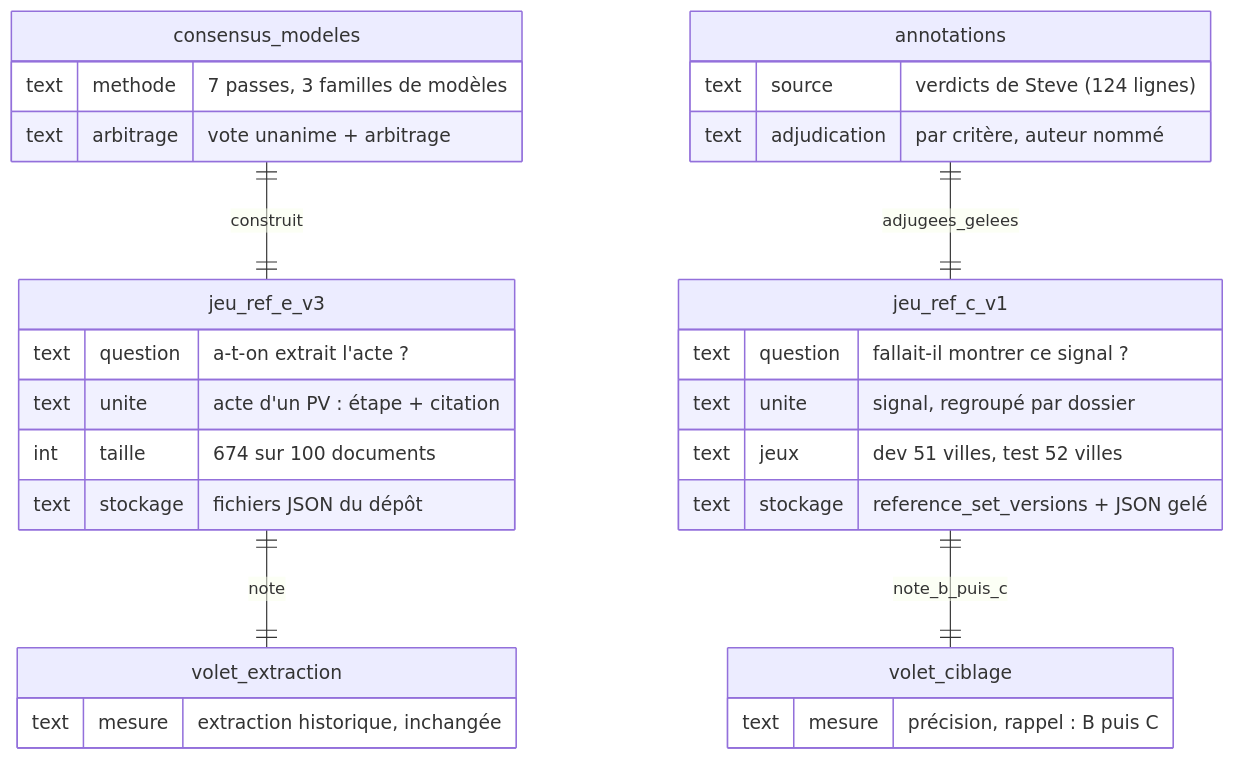
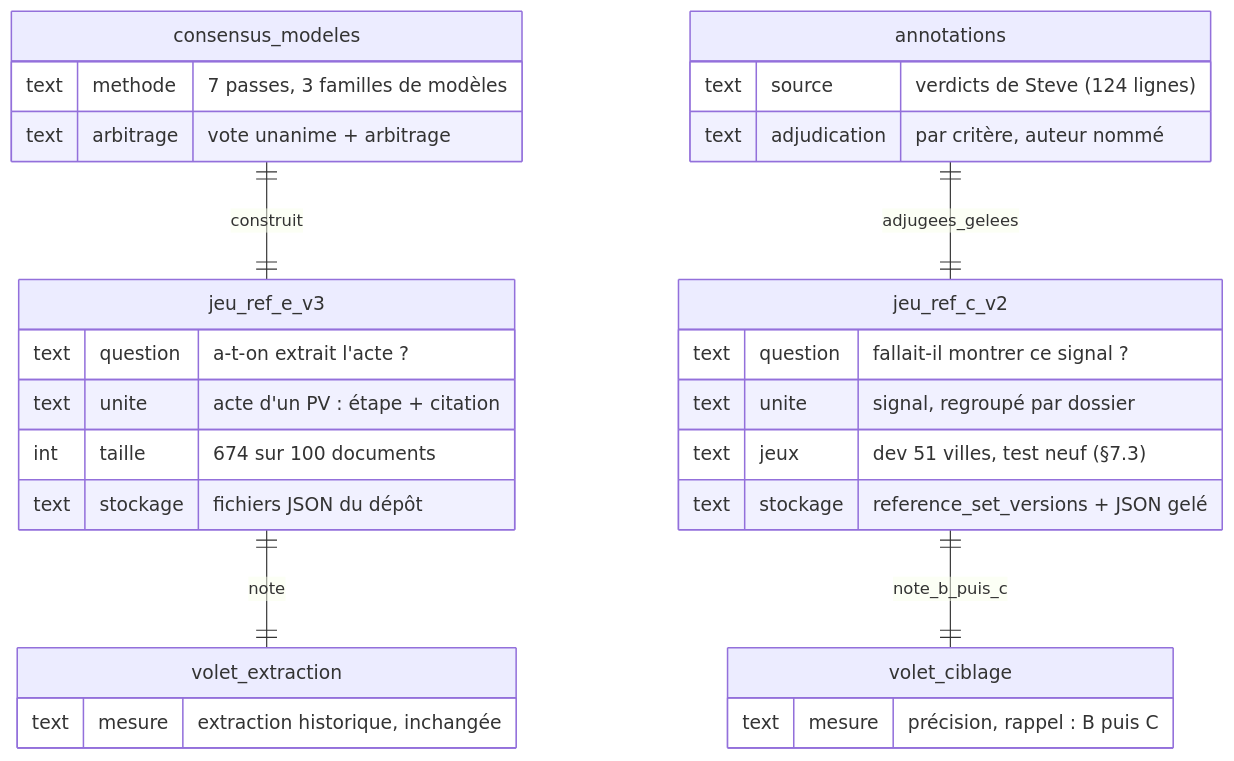
One commit to rhanka/radar-immobilier changed the first of 13 diagrams in docs/spec/reports/dossier-retours-steve/DOSSIER_DECISION_RETOURS_STEVE_2026-10-03.md. Above: the diagram before and after it, drawn with Mermaid. The commit also changed other lines of this file and 11 other files, not shown here.

````diff
--- a/docs/spec/reports/dossier-retours-steve/DOSSIER_DECISION_RETOURS_STEVE_2026-10-03.md
+++ b/docs/spec/reports/dossier-retours-steve/DOSSIER_DECISION_RETOURS_STEVE_2026-10-03.md
@@ -700,33 +723,33 @@
 ```mermaid
 erDiagram
     consensus_modeles ||--|| jeu_ref_e_v3 : construit
-    annotations ||--|| jeu_ref_c_v1 : adjugees_gelees
+    annotations ||--|| jeu_ref_c_v2 : adjugees_gelees
     jeu_ref_e_v3 ||--|| volet_extraction : note
-    jeu_ref_c_v1 ||--|| volet_ciblage : note_b_puis_c
+    jeu_ref_c_v2 ||--|| volet_ciblage : note_b_puis_c
     consensus_modeles {
       text methode "7 passes, 3 familles de modèles"
       text arbitrage "vote unanime + arbitrage"
     }
     annotations {
       text source "verdicts de Steve (124 lignes)"
       text adjudication "par critère, auteur nommé"
     }
     jeu_ref_e_v3 {
       text question "a-t-on extrait l'acte ?"
       text unite "acte d'un PV : étape + citation"
       int taille "674 sur 100 documents"
       text stockage "fichiers JSON du dépôt"
     }
-    jeu_ref_c_v1 {
+    jeu_ref_c_v2 {
       text question "fallait-il montrer ce signal ?"
       text unite "signal, regroupé par dossier"
-      text jeux "dev 51 villes, test 52 villes"
+      text jeux "dev 51 villes, test neuf (§7.3)"
       text stockage "reference_set_versions + JSON gelé"
     }
     volet_extraction {
       text mesure "extraction historique, inchangée"
     }
     volet_ciblage {
       text mesure "précision, rappel : B puis C"
     }
 ```
````
